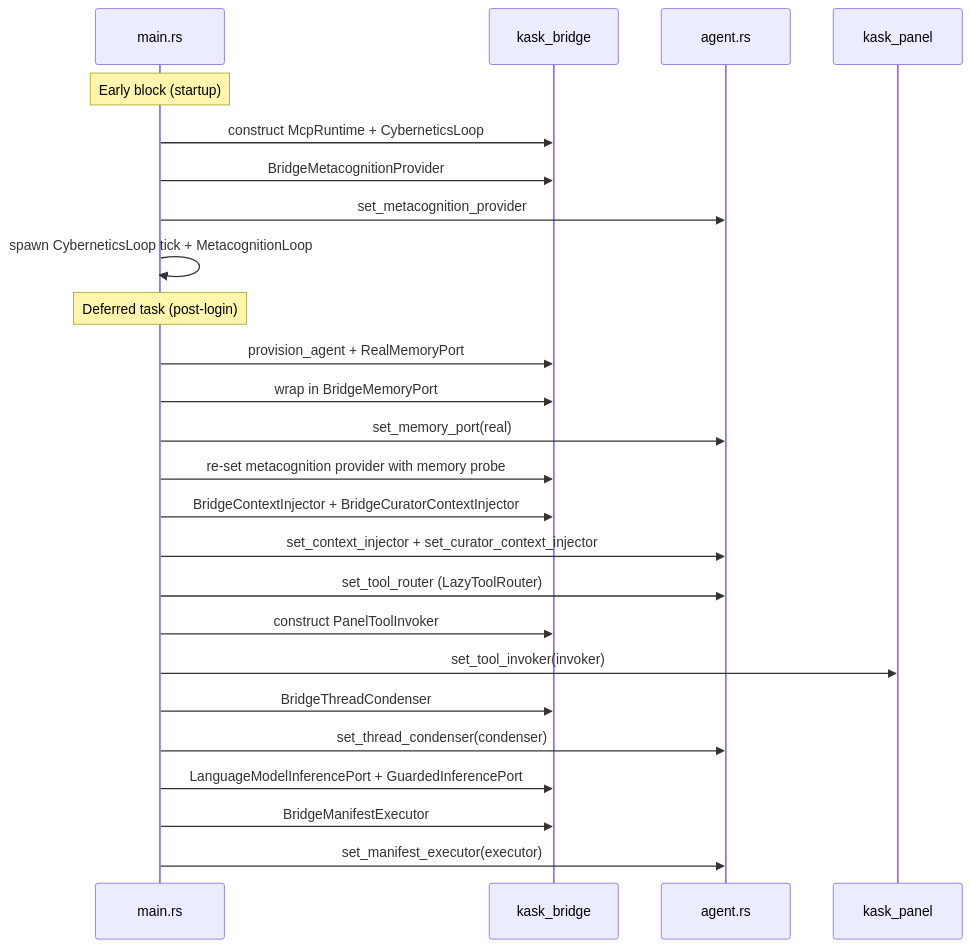
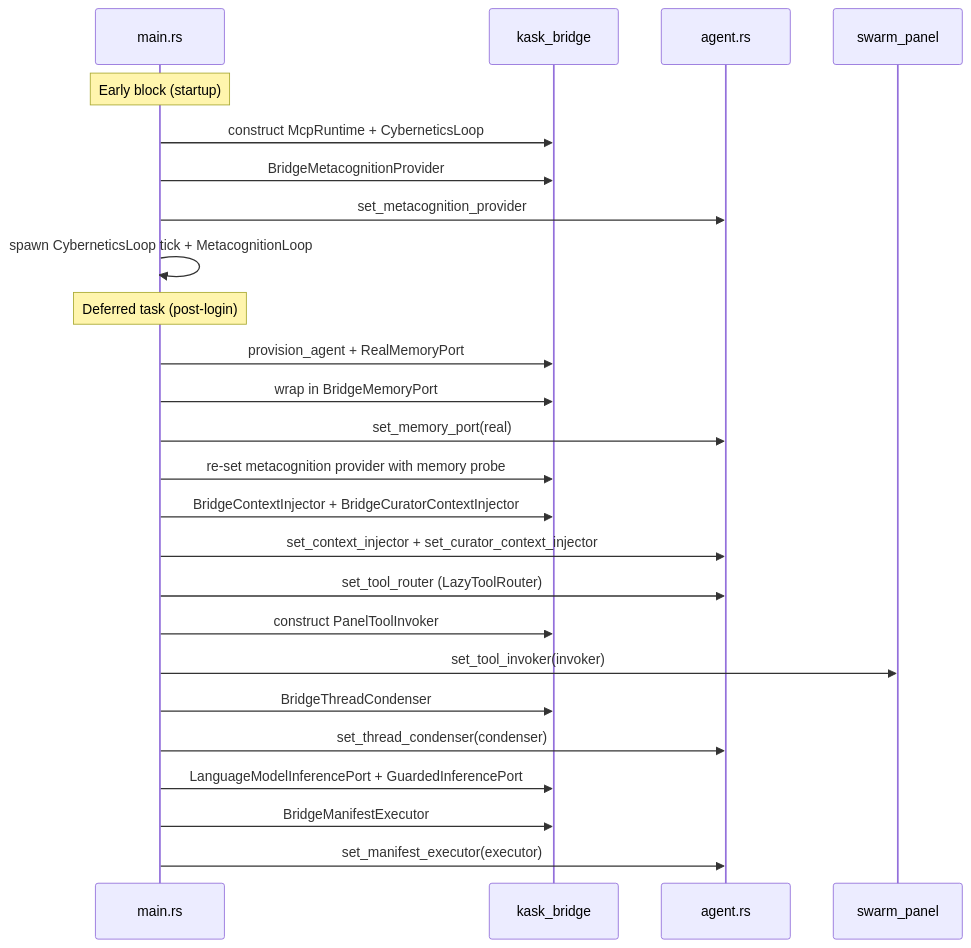
One commit to mdz-axo/zed-kask changed the diagram in kask/docs/diataxis/kask_bridge/explanation.md. Above: the diagram before and after it, drawn with Mermaid. The commit also changed other lines of this file and 79 other files, not shown here.

````diff
--- a/kask/docs/diataxis/kask_bridge/explanation.md
+++ b/kask/docs/diataxis/kask_bridge/explanation.md
@@ -49,29 +49,29 @@
 ```mermaid
 sequenceDiagram
     participant Main as main.rs
     participant Bridge as kask_bridge
     participant Agent as agent.rs
-    participant Panel as kask_panel
+    participant Panel as swarm_panel
 
     Note over Main: Early block (startup)
     Main->>Bridge: construct McpRuntime + CyberneticsLoop
     Main->>Bridge: BridgeMetacognitionProvider
     Main->>Agent: set_metacognition_provider
     Main->>Main: spawn CyberneticsLoop tick + MetacognitionLoop
 
     Note over Main: Deferred task (post-login)
     Main->>Bridge: provision_agent + RealMemoryPort
     Main->>Bridge: wrap in BridgeMemoryPort
     Main->>Agent: set_memory_port(real)
     Main->>Bridge: re-set metacognition provider with memory probe
     Main->>Bridge: BridgeContextInjector + BridgeCuratorContextInjector
     Main->>Agent: set_context_injector + set_curator_context_injector
     Main->>Agent: set_tool_router (LazyToolRouter)
     Main->>Bridge: construct PanelToolInvoker
     Main->>Panel: set_tool_invoker(invoker)
     Main->>Bridge: BridgeThreadCondenser
     Main->>Agent: set_thread_condenser(condenser)
     Main->>Bridge: LanguageModelInferencePort + GuardedInferencePort
     Main->>Bridge: BridgeManifestExecutor
     Main->>Agent: set_manifest_executor(executor)
 ```
````
